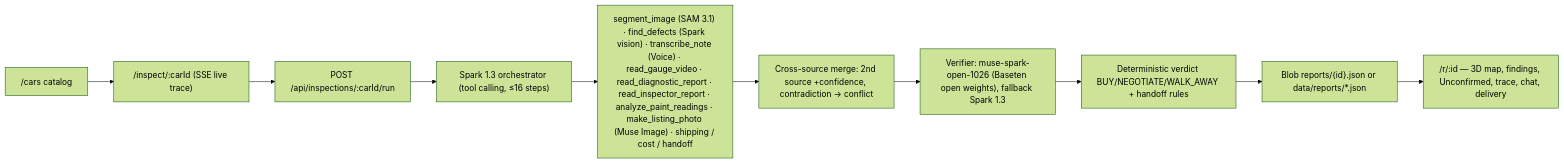
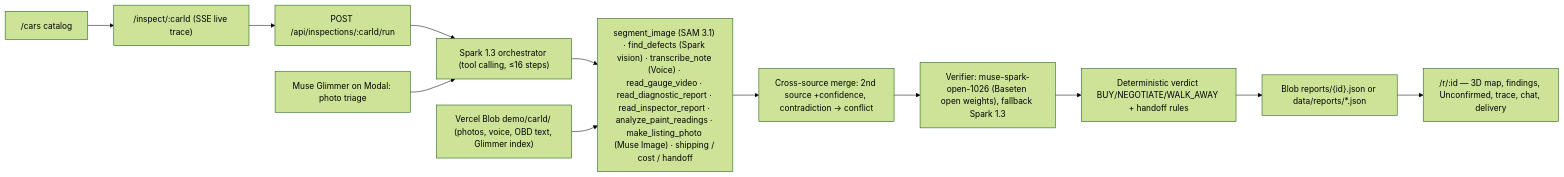
One commit to bohemo35-source/hanbridge-inspector changed the diagram in README.md. Above: the diagram before and after it, drawn with Mermaid (forest theme). The commit also changed other lines of this file, not shown here.

First line of the commit message:
docs(readme): live demo link, Glimmer/Muse Code/Spark Open roles, Blob live run, what was built during the hackathon

````diff
--- a/README.md
+++ b/README.md
@@ -44,12 +52,14 @@
 ```mermaid
 flowchart LR
   UI["/inspect/:carId (SSE live trace)"] --> API["POST /api/inspections/:carId/run"]
   API --> ORCH["Spark 1.3 orchestrator (tool calling, ≤16 steps)"]
   ORCH --> TOOLS["segment_image (SAM 3.1) · find_defects (Spark vision) · transcribe_note (Voice) · read_gauge_video · read_diagnostic_report · read_inspector_report · analyze_paint_readings · make_listing_photo (Muse Image) · shipping / cost / handoff"]
   TOOLS --> MERGE["Cross-source merge: 2nd source +confidence, contradiction -> conflict"]
   MERGE --> VER["Verifier: muse-spark-open-1026 (Baseten open weights), fallback Spark 1.3"]
   VER --> VERDICT["Deterministic verdict BUY/NEGOTIATE/WALK_AWAY + handoff rules"]
   VERDICT --> STORE["Blob reports/{id}.json or data/reports/*.json"]
   STORE --> REPORT["/r/:id — 3D map, findings, Unconfirmed, trace, chat, delivery"]
+  BLOB["Vercel Blob demo/carId/ (photos, voice, OBD text, Glimmer index)"] --> TOOLS
+  GLIMMER["Muse Glimmer on Modal: photo triage"] --> ORCH
   CARS["/cars catalog"] --> UI
 ```
````
